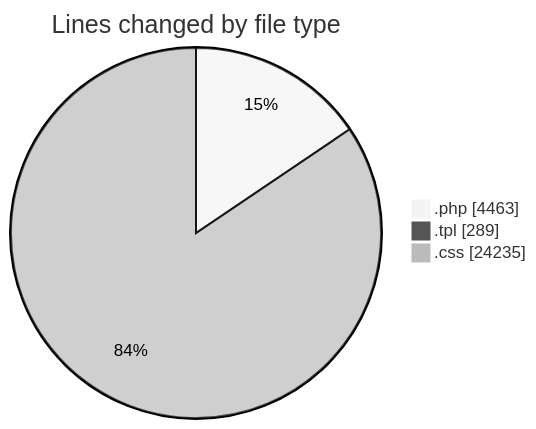
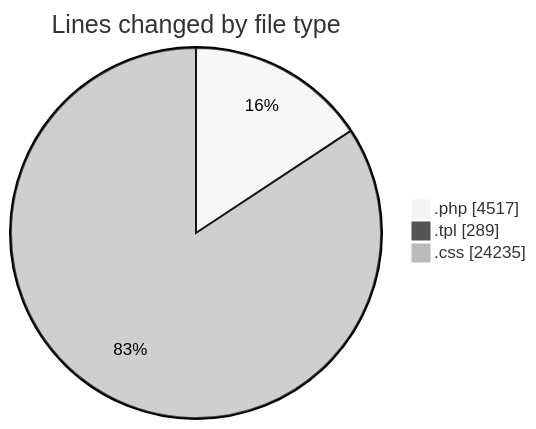
The first of 2 diagrams in 2025-04-18/zeytoon/README.md (vahidmafi/code-tracking), drawn with Mermaid (neutral theme) before and after one commit. The commit also changed other lines of this file and 1 other file, not shown here.

````diff
--- a/2025-04-18/zeytoon/README.md
+++ b/2025-04-18/zeytoon/README.md
@@ -29,7 +29,7 @@
 ```mermaid
 pie showData
 title Lines changed by file type
-".php" : 4463
+".php" : 4517
 ".tpl" : 289
 ".css" : 24235
 ```
````
